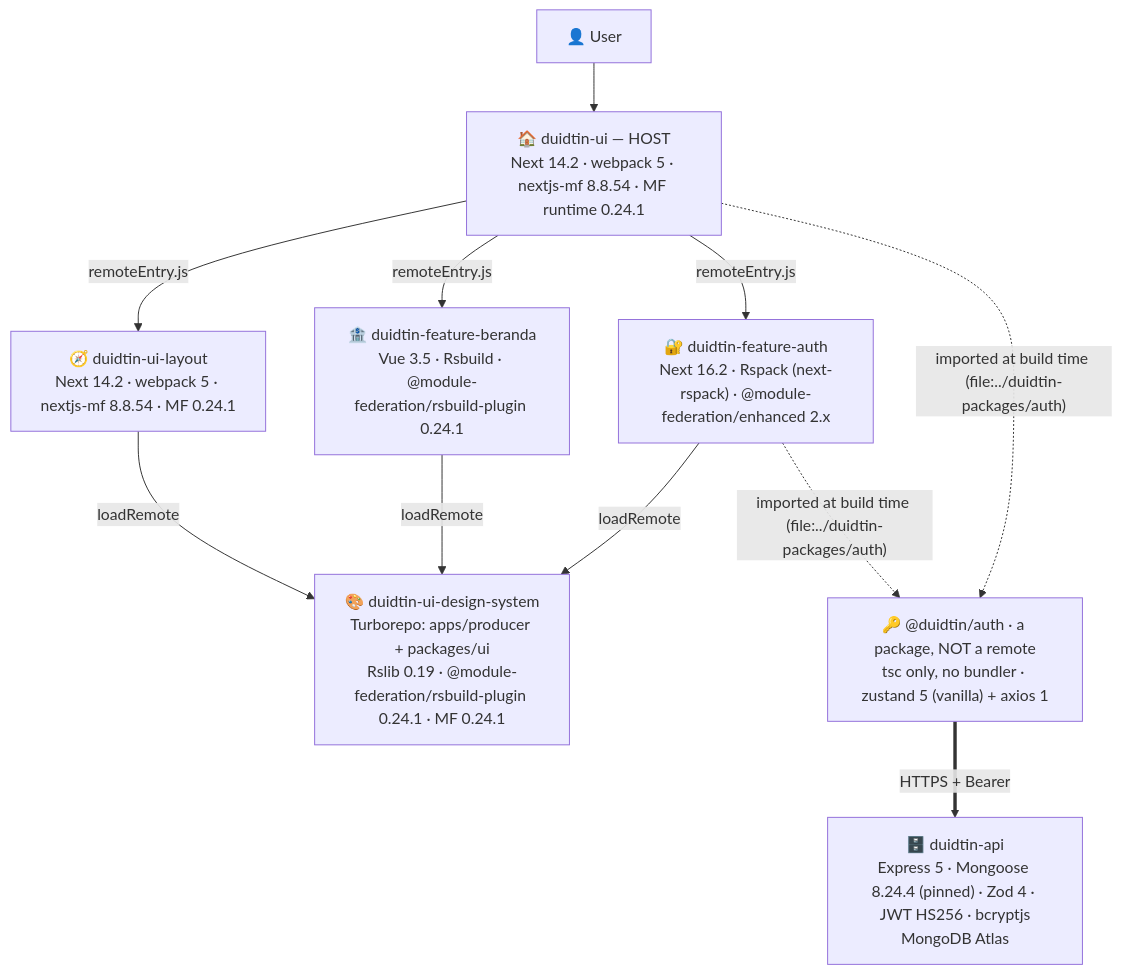
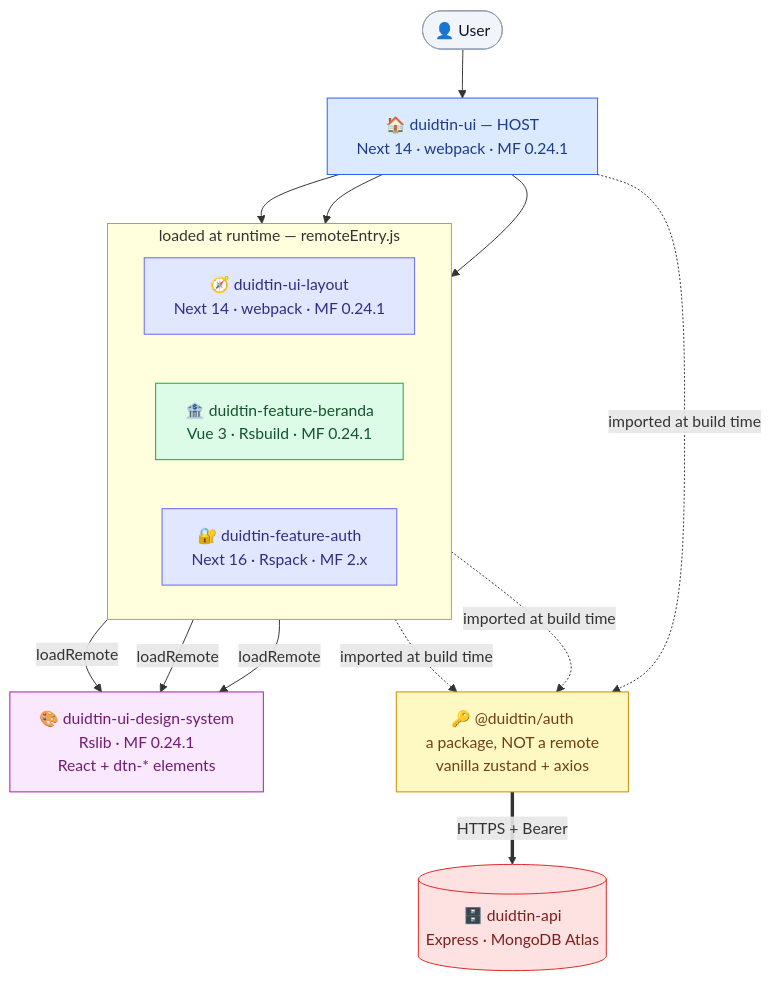
Before and after one commit to AnggaWikaNugraha/super-apps-microfrontend-duidtin: the diagram in README.md, drawn with Mermaid. The commit also changed other lines of this file and 1 other file, not shown here.

````diff
--- a/README.md
+++ b/README.md
@@ -281,19 +281,40 @@
 ```mermaid
-graph TD
-  U["👤 User"] --> H
+%%{init: {'flowchart': {'wrappingWidth': 280}}}%%
+flowchart TD
+  U(["👤 User"]) --> H
 
-  H["🏠 duidtin-ui — HOST<br/>Next 14.2 · webpack 5 · nextjs-mf 8.8.54 · MF runtime 0.24.1"]
+  H["🏠 duidtin-ui — HOST<br/>Next 14 · webpack · MF 0.24.1"]
 
-  H -- "remoteEntry.js" --> L["🧭 duidtin-ui-layout<br/>Next 14.2 · webpack 5 · nextjs-mf 8.8.54 · MF 0.24.1"]
-  H -- "remoteEntry.js" --> B["🏦 duidtin-feature-beranda<br/>Vue 3.5 · Rsbuild · @module-federation/rsbuild-plugin 0.24.1"]
-  H -- "remoteEntry.js" --> A["🔐 duidtin-feature-auth<br/>Next 16.2 · Rspack (next-rspack) · @module-federation/enhanced 2.x"]
+  subgraph RUNTIME ["loaded at runtime — remoteEntry.js"]
+    direction LR
+    L["🧭 duidtin-ui-layout<br/>Next 14 · webpack · MF 0.24.1"]
+    B["🏦 duidtin-feature-beranda<br/>Vue 3 · Rsbuild · MF 0.24.1"]
+    A["🔐 duidtin-feature-auth<br/>Next 16 · Rspack · MF 2.x"]
+  end
 
-  L -- "loadRemote" --> DS["🎨 duidtin-ui-design-system<br/>Turborepo: apps/producer + packages/ui<br/>Rslib 0.19 · @module-federation/rsbuild-plugin 0.24.1 · MF 0.24.1"]
-  B -- "loadRemote" --> DS
-  A -- "loadRemote" --> DS
+  H --> L
+  H --> B
+  H --> A
 
-  H -. "imported at build time (file:../duidtin-packages/auth)" .-> P["🔑 @duidtin/auth · a package, NOT a remote<br/>tsc only, no bundler · zustand 5 (vanilla) + axios 1"]
-  A -. "imported at build time (file:../duidtin-packages/auth)" .-> P
+  L & B & A -- "loadRemote" --> DS["🎨 duidtin-ui-design-system<br/>Rslib · MF 0.24.1<br/>React + dtn-* elements"]
 
-  P == "HTTPS + Bearer" ==> API["🗄️ duidtin-api<br/>Express 5 · Mongoose 8.24.4 (pinned) · Zod 4 · JWT HS256 · bcryptjs<br/>MongoDB Atlas"]
+  H & B & A -. "imported at build time" .-> P["🔑 @duidtin/auth<br/>a package, NOT a remote<br/>vanilla zustand + axios"]
+
+  P == "HTTPS + Bearer" ==> API[("🗄️ duidtin-api<br/>Express · MongoDB Atlas")]
+
+  classDef user fill:#f1f5f9,stroke:#94a3b8,color:#0f172a
+  classDef host fill:#dbeafe,stroke:#2563eb,color:#1e3a8a
+  classDef react fill:#e0e7ff,stroke:#6366f1,color:#312e81
+  classDef vue fill:#dcfce7,stroke:#16a34a,color:#14532d
+  classDef ds fill:#fae8ff,stroke:#a21caf,color:#701a75
+  classDef pkg fill:#fef9c3,stroke:#ca8a04,color:#713f12
+  classDef backend fill:#fee2e2,stroke:#dc2626,color:#7f1d1d
+
+  class U user
+  class H host
+  class L,A react
+  class B vue
+  class DS ds
+  class P pkg
+  class API backend
 ```
````
